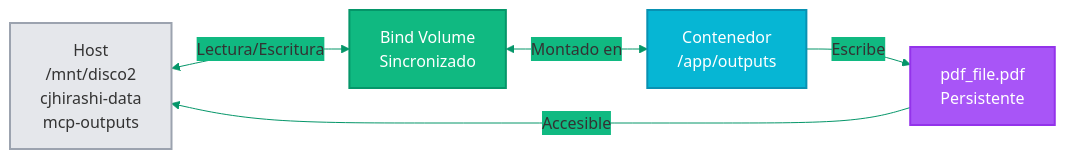
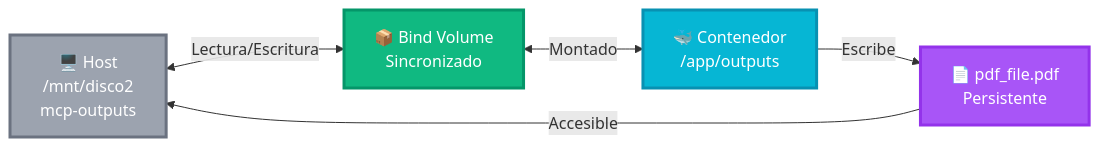
The second of 3 diagrams in docs/NETWORK_TOPOLOGY.md (cjhirashi/cjhirashi-career), drawn with Mermaid before and after one commit. The commit also changed other lines of this file and 2 other files, not shown here.

First line of the commit message:
fix: Rebuild Mermaid diagrams with solid color gradients for better visibility

````diff
--- a/docs/NETWORK_TOPOLOGY.md
+++ b/docs/NETWORK_TOPOLOGY.md
@@ -116,27 +100,24 @@
 ```mermaid
-%%{init: {
-  'theme': 'base',
-  'themeVariables': {
-    'primaryColor': '#06B6D4',
-    'secondaryColor': '#10B981',
-    'tertiaryColor': '#A855F7',
-    'lineColor': '#059669'
-  }
-}}%%
-
 graph LR
-  HOST["Host<br/>/mnt/disco2<br/>cjhirashi-data<br/>mcp-outputs"]
-  BIND["Bind Volume<br/>Sincronizado"]
-  CONT["Contenedor<br/>/app/outputs"]
-  PDF["pdf_file.pdf<br/>Persistente"]
+  HOST["🖥️ Host<br/>/mnt/disco2<br/>mcp-outputs"]
+  BIND["📦 Bind Volume<br/>Sincronizado"]
+  CONT["🐳 Contenedor<br/>/app/outputs"]
+  PDF["📄 pdf_file.pdf<br/>Persistente"]
   
   HOST <-->|"Lectura/Escritura"| BIND
-  BIND <-->|"Montado en"| CONT
+  BIND <-->|"Montado"| CONT
   CONT -->|"Escribe"| PDF
   PDF -->|"Accesible"| HOST
   
-  style HOST fill:#E5E7EB,stroke:#9CA3AF,stroke-width:2px,color:#333
-  style BIND fill:#10B981,stroke:#059669,stroke-width:2px,color:#fff
-  style CONT fill:#06B6D4,stroke:#0891B2,stroke-width:2px,color:#fff
-  style PDF fill:#A855F7,stroke:#9333EA,stroke-width:2px,color:#fff
+  %% Gris (Host)
+  style HOST fill:#9CA3AF,stroke:#6B7280,stroke-width:3px,color:#fff
+  
+  %% Verde (Bind)
+  style BIND fill:#10B981,stroke:#059669,stroke-width:3px,color:#fff
+  
+  %% Cyan (Contenedor)
+  style CONT fill:#06B6D4,stroke:#0891B2,stroke-width:3px,color:#fff
+  
+  %% Morado (PDF)
+  style PDF fill:#A855F7,stroke:#9333EA,stroke-width:3px,color:#fff
 ```
````
